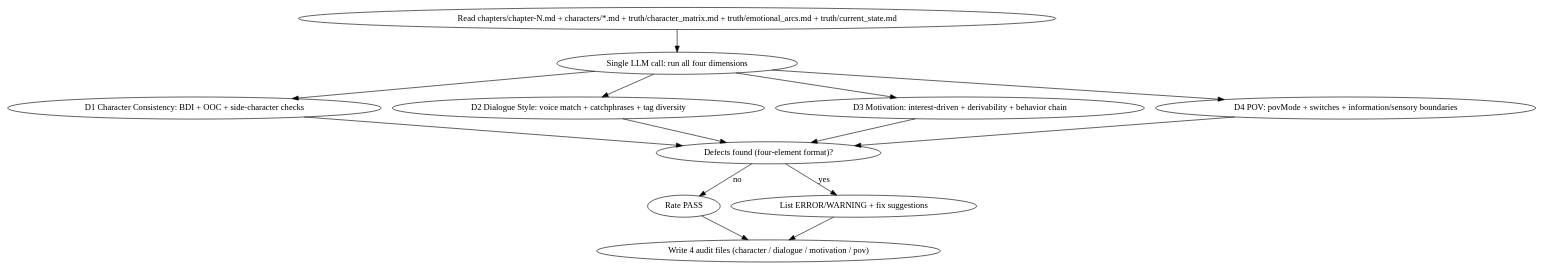
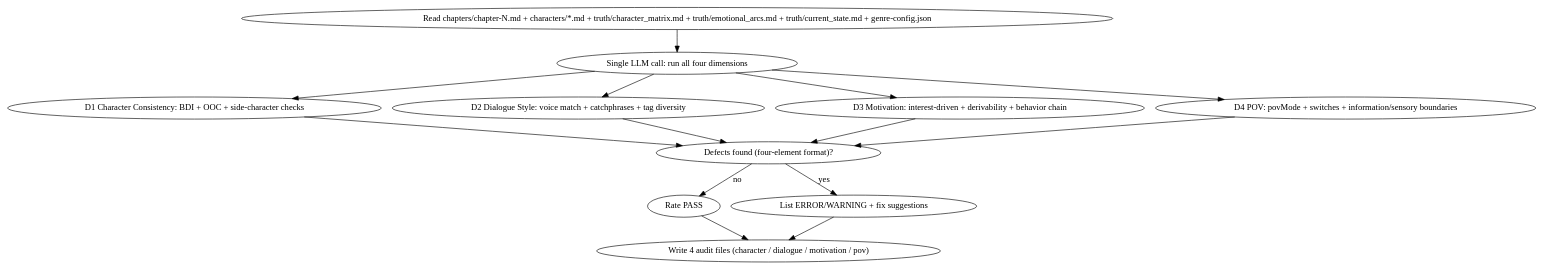
Before and after one commit to ThomasChangX/shenbi: the diagram in skills/shenbi-review-group-character/SKILL.md, drawn with Graphviz. The commit also changed 4 other files, not shown here.

Commit message:
docs(skills): spec62 T3 review fixes — rename sweep chapter-revision, craft D1 label, genre-config read nodes + spec acceptance-3 digraph grep fix

````diff
--- a/skills/shenbi-review-group-character/SKILL.md
+++ b/skills/shenbi-review-group-character/SKILL.md
@@ -50,17 +50,17 @@
 ```dot
 digraph review_group_character {
-    "Read chapters/chapter-N.md + characters/*.md + truth/character_matrix.md + truth/emotional_arcs.md + truth/current_state.md" -> "Single LLM call: run all four dimensions";
+    "Read chapters/chapter-N.md + characters/*.md + truth/character_matrix.md + truth/emotional_arcs.md + truth/current_state.md + genre-config.json" -> "Single LLM call: run all four dimensions";
     "Single LLM call: run all four dimensions" -> "D1 Character Consistency: BDI + OOC + side-character checks";
     "Single LLM call: run all four dimensions" -> "D2 Dialogue Style: voice match + catchphrases + tag diversity";
     "Single LLM call: run all four dimensions" -> "D3 Motivation: interest-driven + derivability + behavior chain";
     "Single LLM call: run all four dimensions" -> "D4 POV: povMode + switches + information/sensory boundaries";
     "D1 Character Consistency: BDI + OOC + side-character checks" -> "Defects found (four-element format)?";
     "D2 Dialogue Style: voice match + catchphrases + tag diversity" -> "Defects found (four-element format)?";
     "D3 Motivation: interest-driven + derivability + behavior chain" -> "Defects found (four-element format)?";
     "D4 POV: povMode + switches + information/sensory boundaries" -> "Defects found (four-element format)?";
     "Defects found (four-element format)?" -> "Rate PASS" [label="no"];
     "Defects found (four-element format)?" -> "List ERROR/WARNING + fix suggestions" [label="yes"];
     "Rate PASS" -> "Write 4 audit files (character / dialogue / motivation / pov)";
     "List ERROR/WARNING + fix suggestions" -> "Write 4 audit files (character / dialogue / motivation / pov)";
 }
 ```
````
